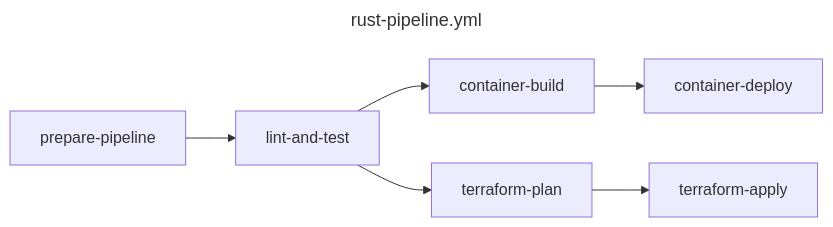
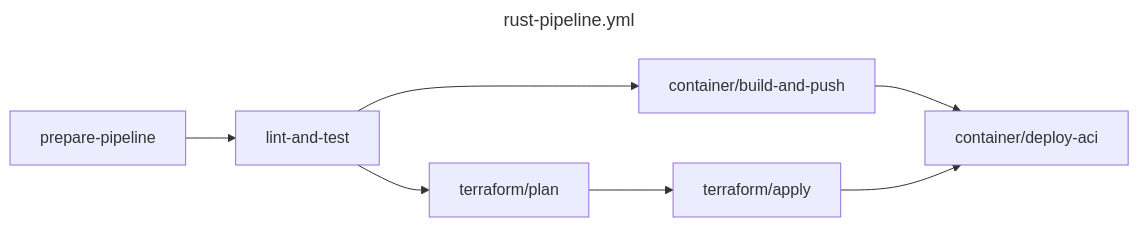
The diagram in README.md (lerpz-com/github-actions), drawn with Mermaid before and after one commit. The commit also changed 8 other files, not shown here.

````diff
--- a/README.md
+++ b/README.md
@@ -11,11 +11,12 @@
 ```mermaid
 ---
 title: rust-pipeline.yml
 ---
 flowchart LR
-    prepare-pipeline --> lint-and-test
-    lint-and-test --> container-build
-    container-build --> container-deploy
-    lint-and-test --> terraform-plan
-    terraform-plan --> terraform-apply
+    A[prepare-pipeline] --> B[lint-and-test]
+    B --> C[container/build-and-push]
+    B --> E[terraform/plan]
+    C --> D[container/deploy-aci]
+    E --> F[terraform/apply]
+    F --> D
 ```
````
